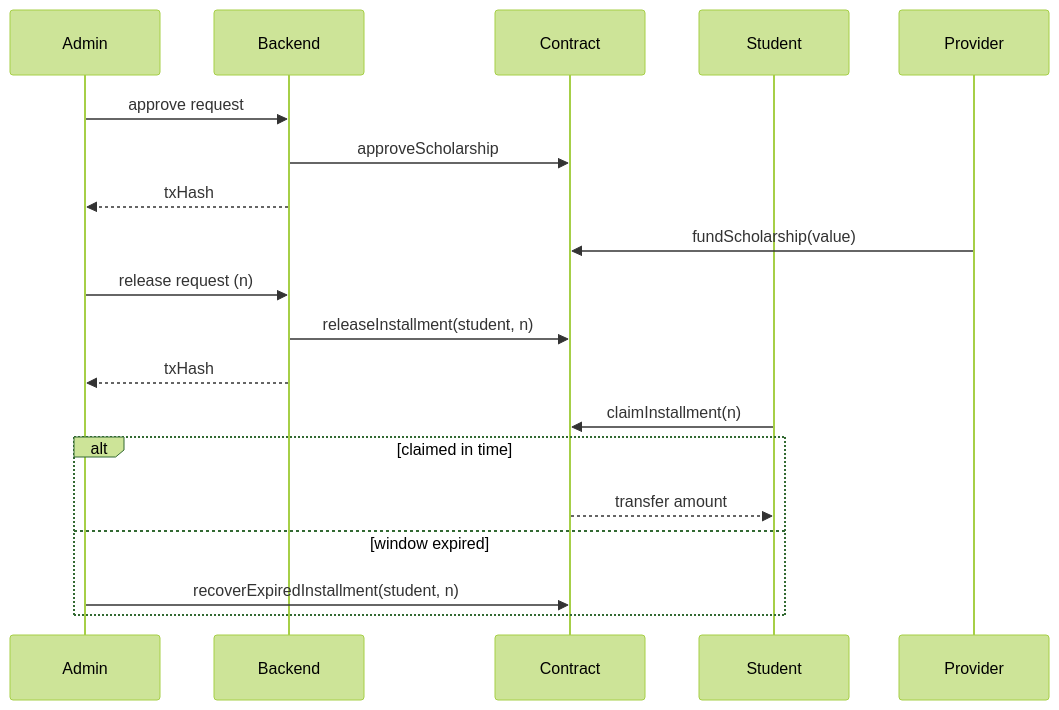
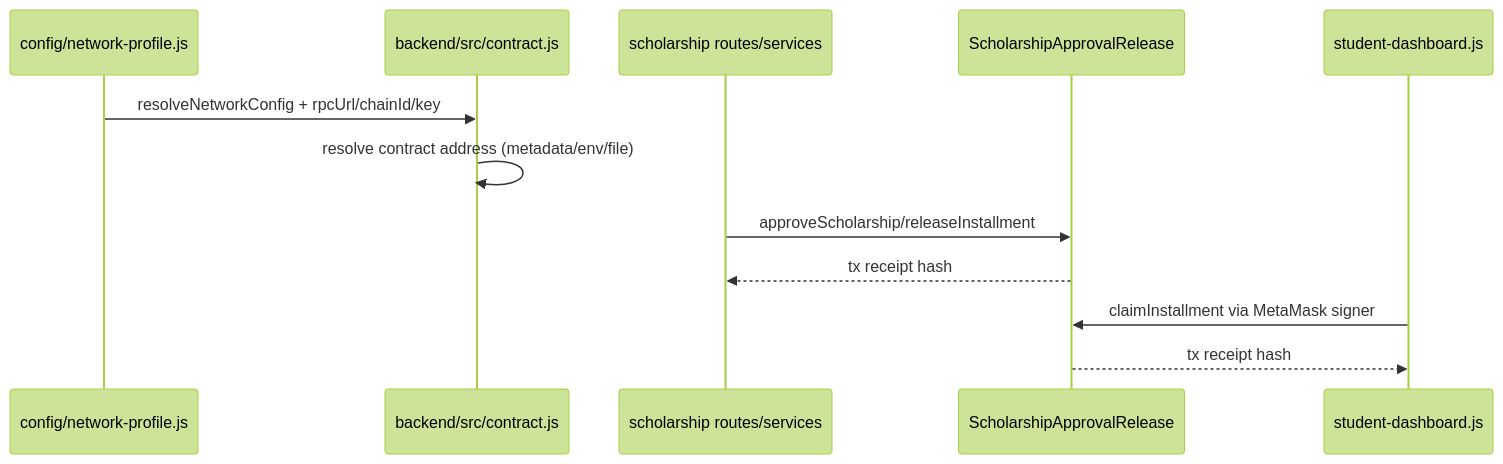
One commit to ahmedelbamby-aast/ScholarshipDisbursement changed the first of 2 diagrams in docs/blockchain-lifecycle.md. Above: the diagram before and after it, drawn with Mermaid (forest theme). The commit also changed other lines of this file and 60 other files, not shown here.

````diff
--- a/docs/blockchain-lifecycle.md
+++ b/docs/blockchain-lifecycle.md
@@ -12,25 +13,15 @@
 ```mermaid
 sequenceDiagram
-  participant Admin
-  participant Backend
-  participant Contract
-  participant Student
-  participant Provider
+  participant Config as config/network-profile.js
+  participant Adapter as backend/src/contract.js
+  participant AdminAPI as scholarship routes/services
+  participant Contract as ScholarshipApprovalRelease
+  participant Student as student-dashboard.js
 
-  Admin->>Backend: approve request
-  Backend->>Contract: approveScholarship
-  Backend-->>Admin: txHash
-
-  Provider->>Contract: fundScholarship(value)
-
-  Admin->>Backend: release request (n)
-  Backend->>Contract: releaseInstallment(student, n)
-  Backend-->>Admin: txHash
-
-  Student->>Contract: claimInstallment(n)
-  alt claimed in time
-    Contract-->>Student: transfer amount
-  else window expired
-    Admin->>Contract: recoverExpiredInstallment(student, n)
-  end
+  Config->>Adapter: resolveNetworkConfig + rpcUrl/chainId/key
+  Adapter->>Adapter: resolve contract address (metadata/env/file)
+  AdminAPI->>Contract: approveScholarship/releaseInstallment
+  Contract-->>AdminAPI: tx receipt hash
+  Student->>Contract: claimInstallment via MetaMask signer
+  Contract-->>Student: tx receipt hash
 ```
````
